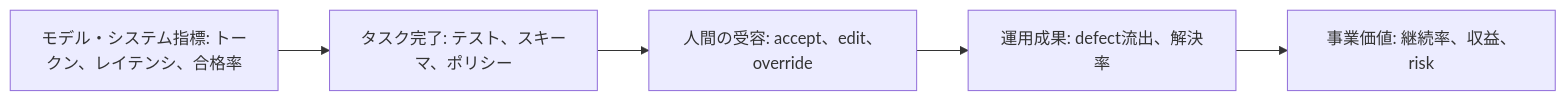
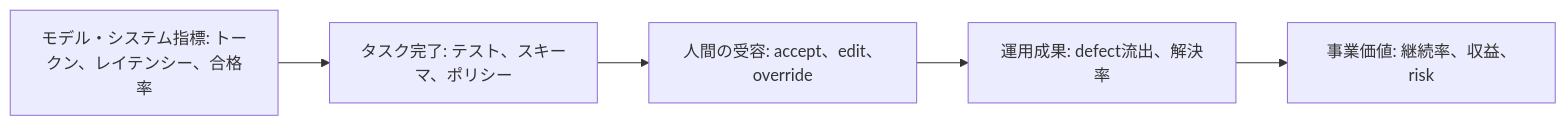
One commit to yoichiozaki/yoichiozaki.github.io changed the first of 3 diagrams in content/blog/ja/outcome-per-dollar-frontier.mdx. Above: the diagram before and after it, drawn with Mermaid. The commit also changed other lines of this file and 117 other files, not shown here.

````diff
--- a/content/blog/ja/outcome-per-dollar-frontier.mdx
+++ b/content/blog/ja/outcome-per-dollar-frontier.mdx
@@ -181,7 +181,7 @@
 ```mermaid
 flowchart LR
-    A["モデル・システム指標: トークン、レイテンシ、合格率"] --> B["タスク完了: テスト、スキーマ、ポリシー"]
+    A["モデル・システム指標: トークン、レイテンシー、合格率"] --> B["タスク完了: テスト、スキーマ、ポリシー"]
     B --> C["人間の受容: accept、edit、override"]
     C --> D["運用成果: defect流出、解決率"]
     D --> E["事業価値: 継続率、収益、risk"]
 ```
````
